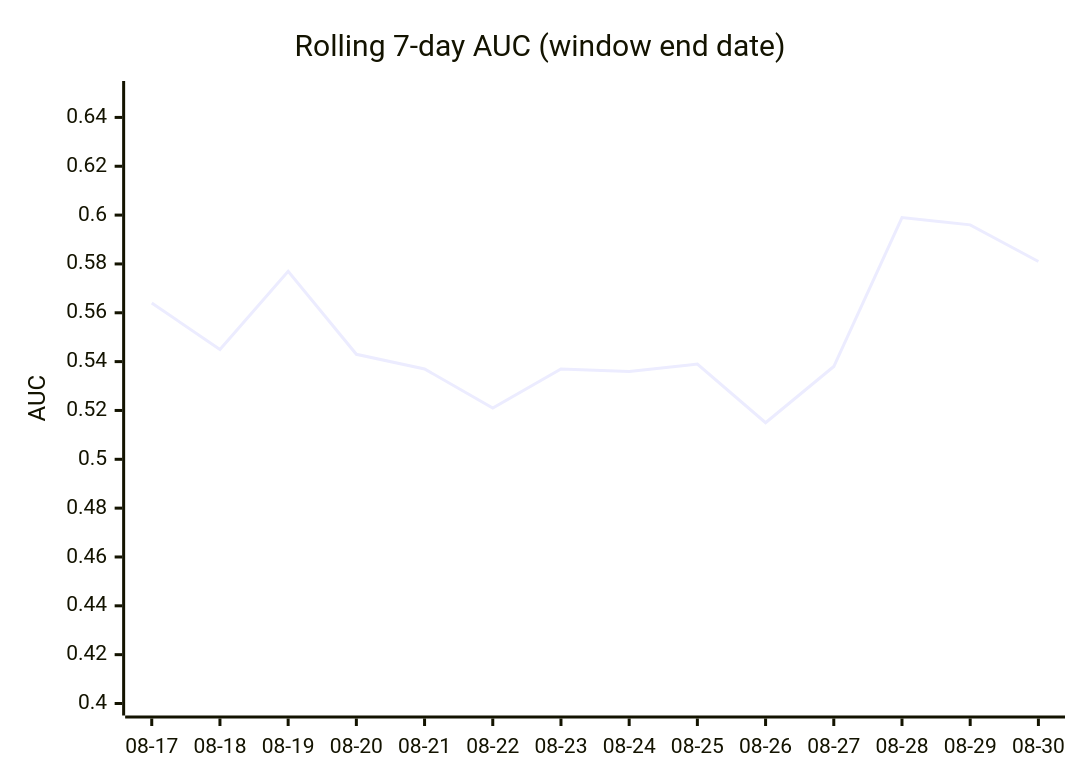
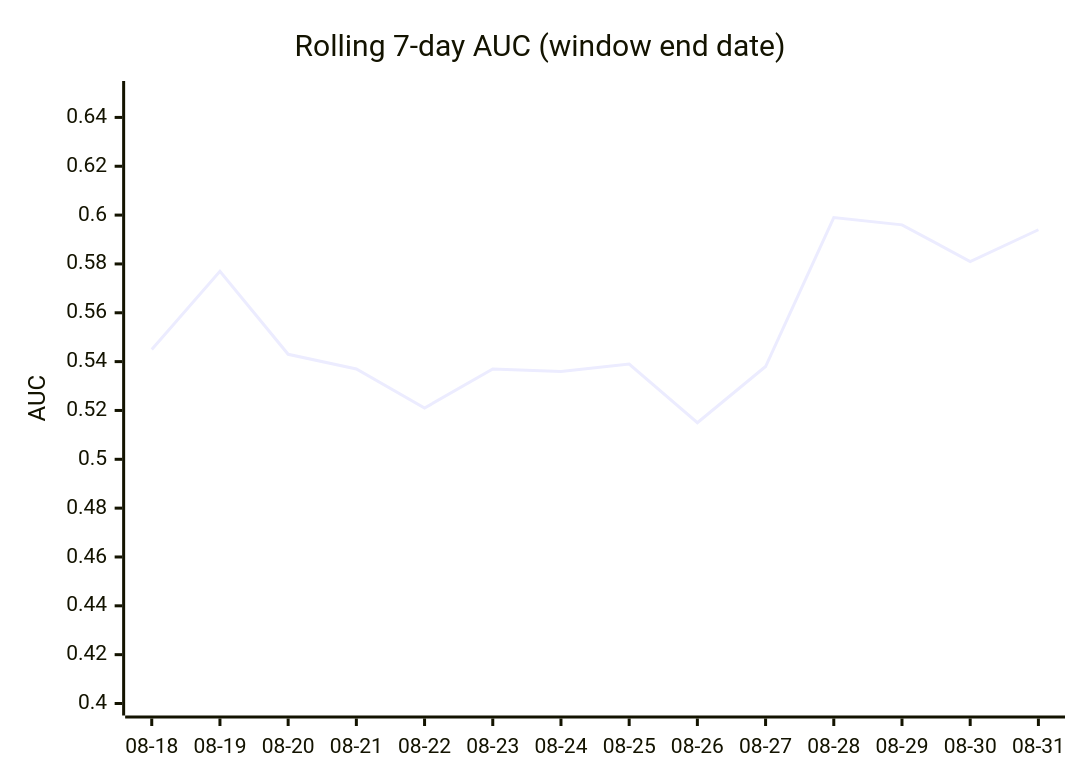
One commit to dpk1212/nhl-savant changed the third of 4 diagrams in DAILY_AGSU_REPORT.md. Above: the diagram before and after it, drawn with Mermaid. The commit also changed other lines of this file, not shown here.

````diff
--- a/DAILY_AGSU_REPORT.md
+++ b/DAILY_AGSU_REPORT.md
@@ -856,7 +856,7 @@
 ```mermaid
 xychart-beta
     title "Rolling 7-day AUC (window end date)"
-    x-axis ["08-17", "08-18", "08-19", "08-20", "08-21", "08-22", "08-23", "08-24", "08-25", "08-26", "08-27", "08-28", "08-29", "08-30"]
+    x-axis ["08-18", "08-19", "08-20", "08-21", "08-22", "08-23", "08-24", "08-25", "08-26", "08-27", "08-28", "08-29", "08-30", "08-31"]
     y-axis "AUC" 0.4 --> 0.65
-    line [0.564, 0.545, 0.577, 0.543, 0.537, 0.521, 0.537, 0.536, 0.539, 0.515, 0.538, 0.599, 0.596, 0.581]
+    line [0.545, 0.577, 0.543, 0.537, 0.521, 0.537, 0.536, 0.539, 0.515, 0.538, 0.599, 0.596, 0.581, 0.594]
 ```
````
